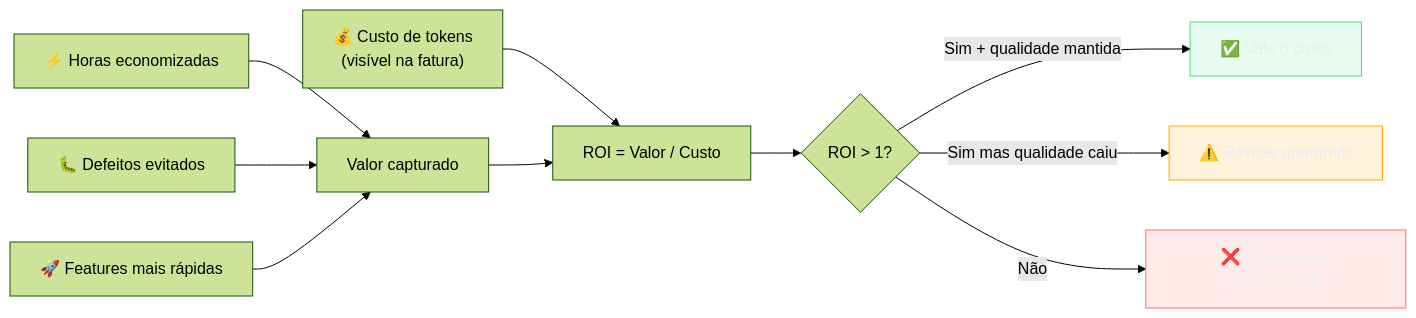
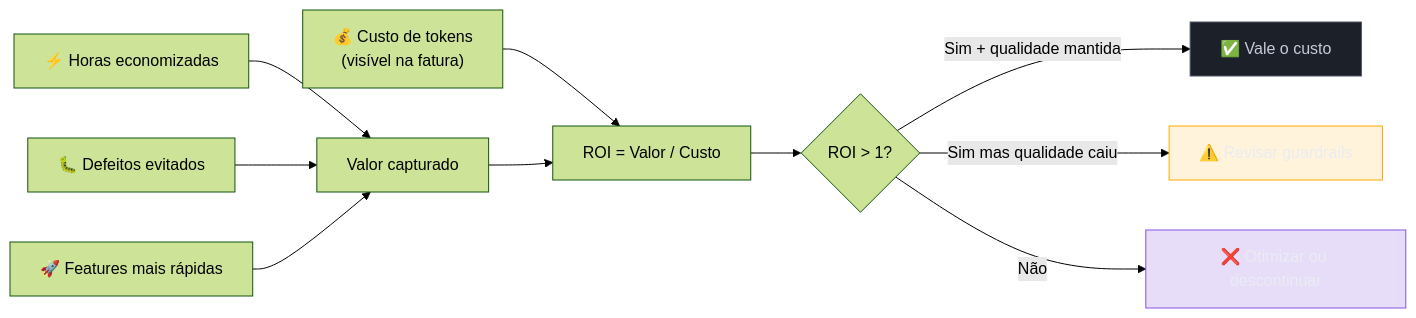
One commit to josenaldo/codex-technomanticus changed the first of 2 diagrams in 03-Dominios/Tecnologia/IA/Economia de Tokens/17 - ROI de IA — quando o agente vale o custo.md. Above: the diagram before and after it, drawn with Mermaid (forest theme). The commit also changed other lines of this file and 601 other files, not shown here.

````diff
--- a/03-Dominios/Tecnologia/IA/Economia de Tokens/17 - ROI de IA — quando o agente vale o custo.md
+++ b/03-Dominios/Tecnologia/IA/Economia de Tokens/17 - ROI de IA — quando o agente vale o custo.md
@@ -33,20 +33,20 @@
 ```mermaid
 flowchart LR
-    classDef ok fill:#4ADE8021,stroke:#4ADE80,color:#E9ECF2
+    classDef marca fill:#8855DF33,stroke:#8855DF,color:#E9ECF2
+    classDef neutro fill:#1B2029,stroke:#4E5666,color:#C6CCD8
     classDef destaque fill:#FFAA0024,stroke:#FFAA00,color:#E9ECF2
-    classDef falha fill:#FF6B6B24,stroke:#FF6B6B,color:#E9ECF2
     A["💰 Custo de tokens\n(visível na fatura)"] --> B["ROI = Valor / Custo"]
     C["⚡ Horas economizadas"] --> D["Valor capturado"]
     E["🐛 Defeitos evitados"] --> D
     F["🚀 Features mais rápidas"] --> D
     D --> B
     
     B --> G{"ROI > 1?"}
     G -->|"Sim + qualidade mantida"| H["✅ Vale o custo"]
     G -->|"Sim mas qualidade caiu"| I["⚠️ Revisar guardrails"]
     G -->|"Não"| J["❌ Otimizar ou descontinuar"]
     
-    class H ok
+    class H neutro
     class I destaque
-    class J falha
+    class J marca
 ```
````
